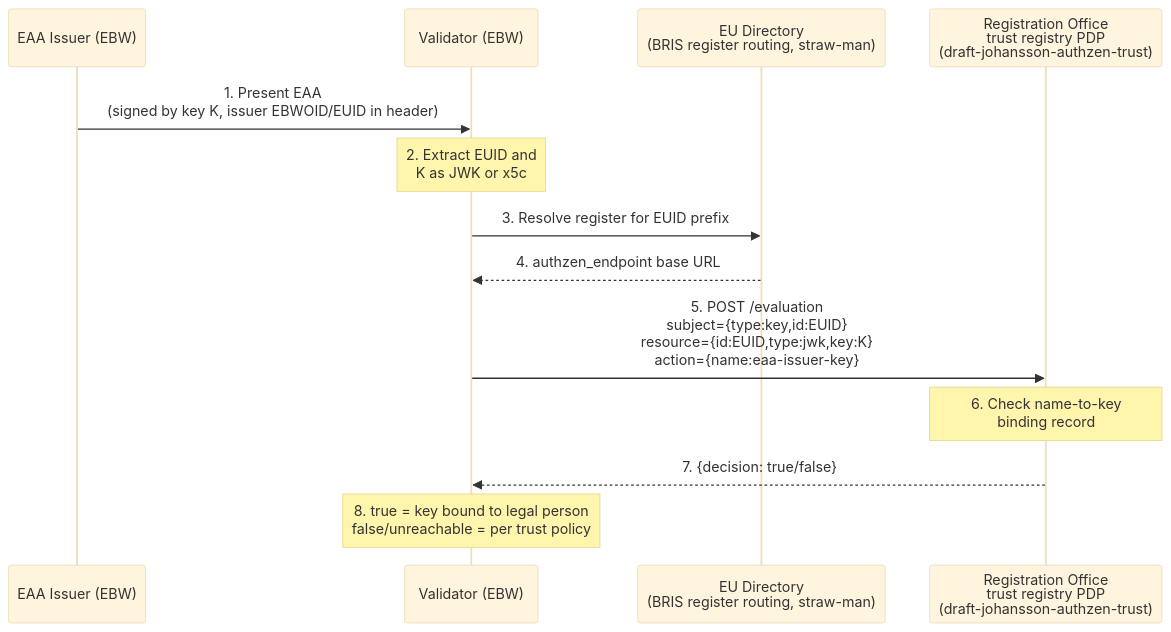
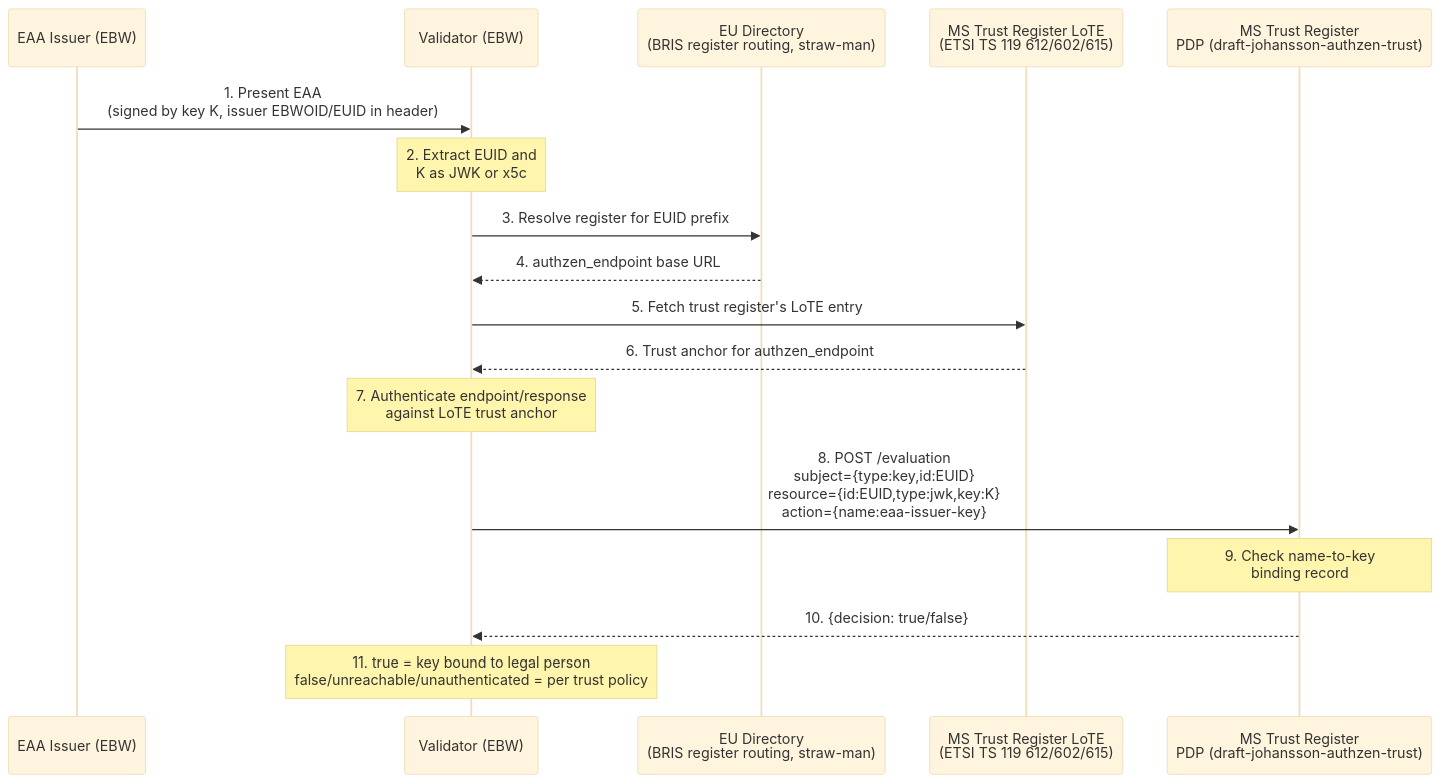
The diagram in adr/eaa-key-binding-authzen.md (webuild-consortium/wp4-architecture), drawn with Mermaid (base theme) before and after one commit. The commit also changed other lines of this file, not shown here.

First line of the commit message:
Note that the AuthZEN endpoint is authenticated via a Trusted List/LoTE

````diff
--- a/adr/eaa-key-binding-authzen.md
+++ b/adr/eaa-key-binding-authzen.md
@@ -38,16 +38,20 @@
 ```mermaid
 sequenceDiagram
     participant Issuer as EAA Issuer (EBW)
     participant Validator as Validator (EBW)
     participant Directory as EU Directory<br/>(BRIS register routing, straw-man)
-    participant PDP as Registration Office<br/>trust registry PDP<br/>(draft-johansson-authzen-trust)
+    participant LoTE as MS Trust Register LoTE<br/>(ETSI TS 119 612/602/615)
+    participant PDP as MS Trust Register<br/>PDP (draft-johansson-authzen-trust)
 
     Issuer->>Validator: 1. Present EAA<br/>(signed by key K, issuer EBWOID/EUID in header)
     Note over Validator: 2. Extract EUID and<br/>K as JWK or x5c
     Validator->>Directory: 3. Resolve register for EUID prefix
     Directory-->>Validator: 4. authzen_endpoint base URL
-    Validator->>PDP: 5. POST /evaluation<br/>subject={type:key,id:EUID}<br/>resource={id:EUID,type:jwk,key:K}<br/>action={name:eaa-issuer-key}
-    Note over PDP: 6. Check name-to-key<br/>binding record
-    PDP-->>Validator: 7. {decision: true/false}
-    Note over Validator: 8. true = key bound to legal person<br/>false/unreachable = per trust policy
+    Validator->>LoTE: 5. Fetch trust register's LoTE entry
+    LoTE-->>Validator: 6. Trust anchor for authzen_endpoint
+    Note over Validator: 7. Authenticate endpoint/response<br/>against LoTE trust anchor
+    Validator->>PDP: 8. POST /evaluation<br/>subject={type:key,id:EUID}<br/>resource={id:EUID,type:jwk,key:K}<br/>action={name:eaa-issuer-key}
+    Note over PDP: 9. Check name-to-key<br/>binding record
+    PDP-->>Validator: 10. {decision: true/false}
+    Note over Validator: 11. true = key bound to legal person<br/>false/unreachable/unauthenticated = per trust policy
 ```
````
